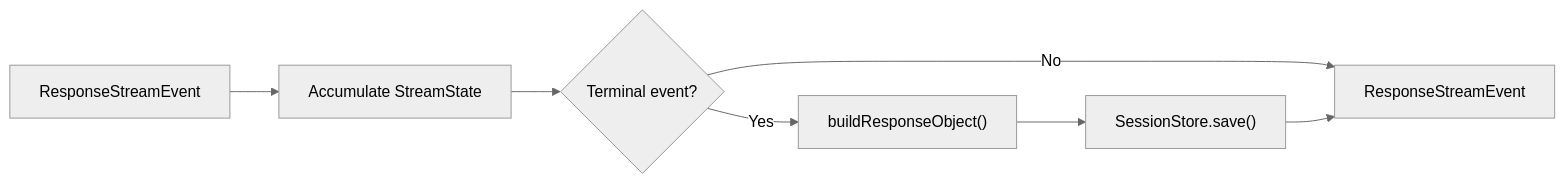
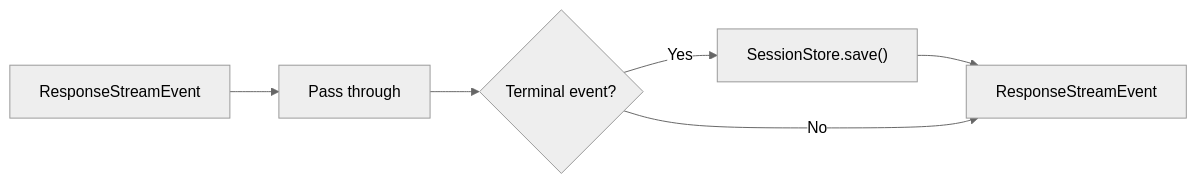
One commit to zamelee/GodeX changed the third of 3 diagrams in wiki/05-streaming-pipeline/transformers.md. Above: the diagram before and after it, drawn with Mermaid (neutral theme). The commit also changed other lines of this file and 46 other files, not shown here.

````diff
--- a/wiki/05-streaming-pipeline/transformers.md
+++ b/wiki/05-streaming-pipeline/transformers.md
@@ -32,14 +62,12 @@
 ```mermaid
 flowchart LR
   INPUT["ResponseStreamEvent"]
-  ACC["Accumulate StreamState"]
+  PASS["Pass through"]
   TERM{"Terminal event?"}
-  BUILD["buildResponseObject()"]
   SAVE["SessionStore.save()"]
   OUTPUT["ResponseStreamEvent"]
 
-  INPUT --> ACC --> TERM
-  TERM -->|Yes| BUILD --> SAVE
+  INPUT --> PASS --> TERM
+  TERM -->|Yes| SAVE --> OUTPUT
   TERM -->|No| OUTPUT
-  SAVE --> OUTPUT
 ```
````
